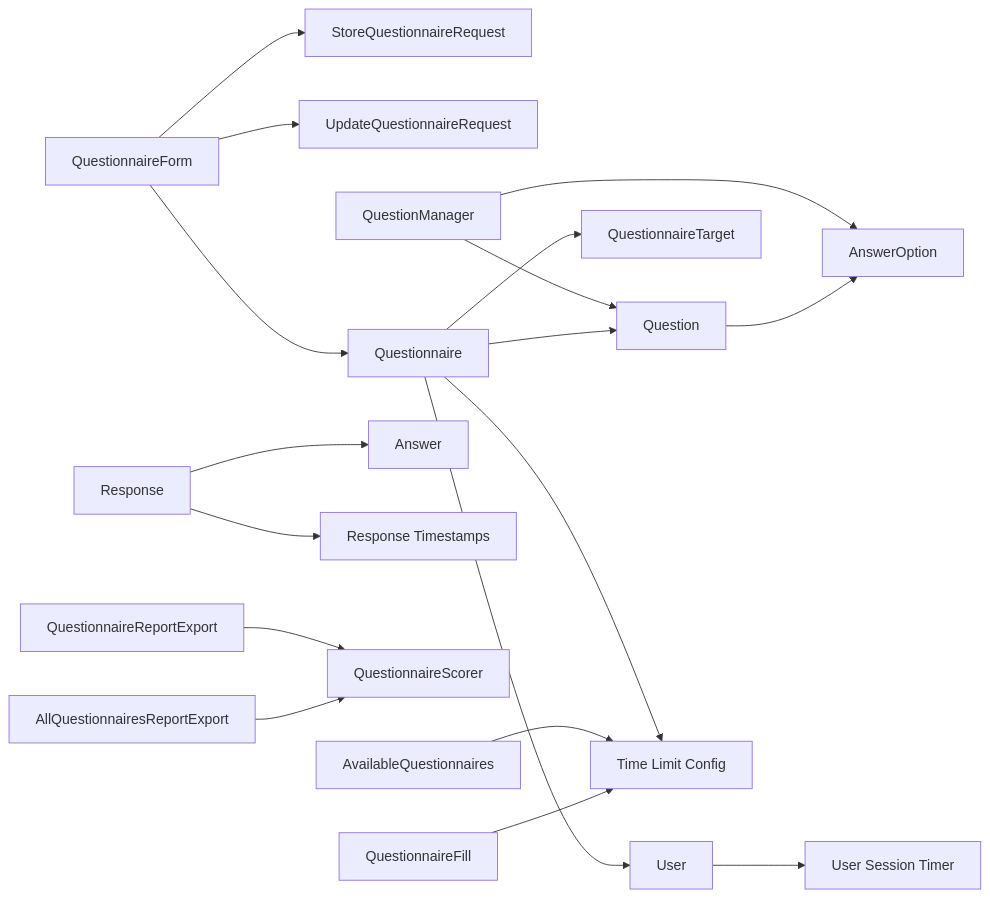
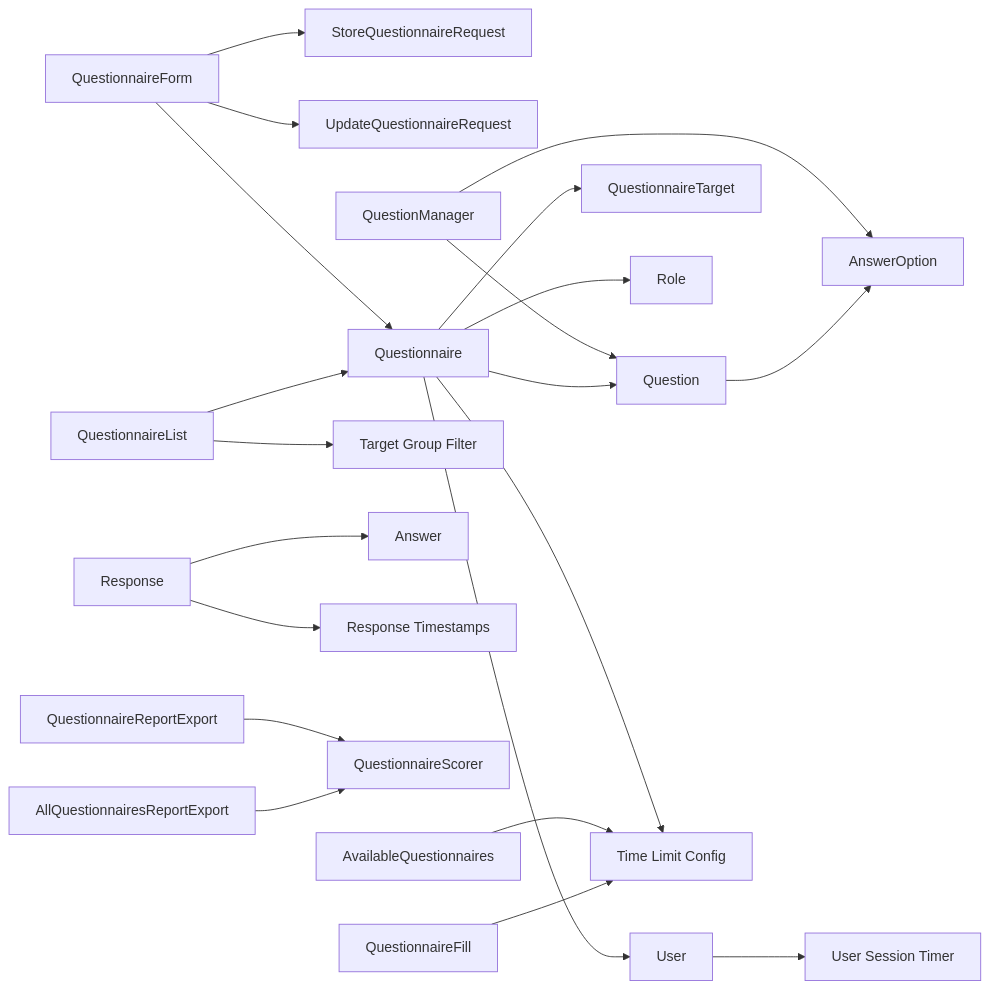
Before and after one commit to rudicatsmile/assesment360: the ninth of 9 diagrams in .qoder/repowiki/en/content/Core Features/Questionnaire Management/Questionnaire Management.md, drawn with Mermaid. The commit also changed other lines of this file and 5 other files, not shown here.

````diff
--- a/.qoder/repowiki/en/content/Core Features/Questionnaire Management/Questionnaire Management.md
+++ b/.qoder/repowiki/en/content/Core Features/Questionnaire Management/Questionnaire Management.md
@@ -549,20 +622,23 @@
 ```mermaid
 graph LR
 QF["QuestionnaireForm"] --> SR["StoreQuestionnaireRequest"]
 QF --> UR["UpdateQuestionnaireRequest"]
 QF --> Q["Questionnaire"]
 QM["QuestionManager"] --> Qs["Question"]
 QM --> AO["AnswerOption"]
+QL["QuestionnaireList"] --> Q["Questionnaire"]
+QL --> TG["Target Group Filter"]
 Q --> Qs
 Q --> QT["QuestionnaireTarget"]
+Q --> RQT["Role"]
 Q --> U["User"]
 Q --> TL["Time Limit Config"]
 Qs --> AO
 R["Response"] --> A["Answer"]
 R --> RT["Response Timestamps"]
 U --> US["User Session Timer"]
 QE["QuestionnaireReportExport"] --> SC["QuestionnaireScorer"]
 AE["AllQuestionnairesReportExport"] --> SC
 AQ["AvailableQuestionnaires"] --> TL
 QFill["QuestionnaireFill"] --> TL
 ```
````
